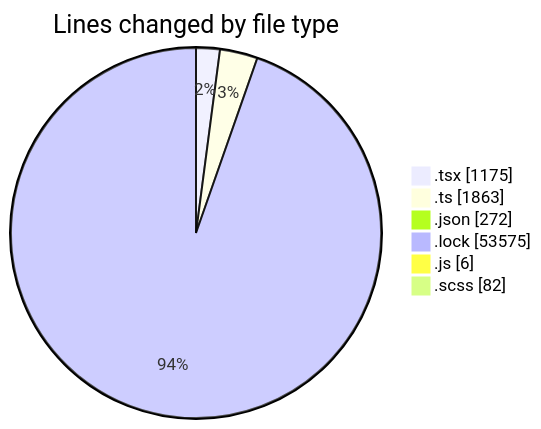
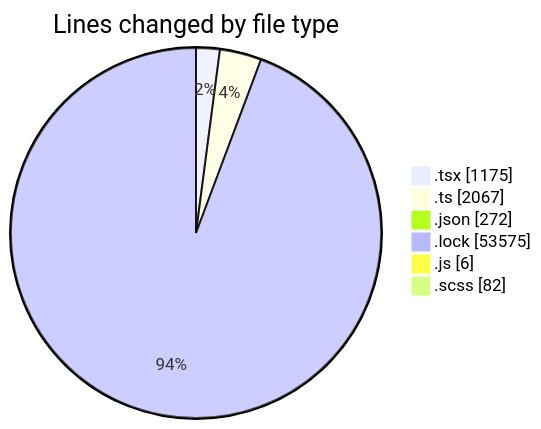
The first of 2 diagrams in 2026-03-27/cda/README.md (momahboobian/code-tracking), drawn with Mermaid before and after one commit. The commit also changed other lines of this file and 1 other file, not shown here.

````diff
--- a/2026-03-27/cda/README.md
+++ b/2026-03-27/cda/README.md
@@ -43,10 +44,10 @@
 ```mermaid
 pie showData
 title Lines changed by file type
 ".tsx" : 1175
-".ts" : 1863
+".ts" : 2067
 ".json" : 272
 ".lock" : 53575
 ".js" : 6
 ".scss" : 82
 ```
````
